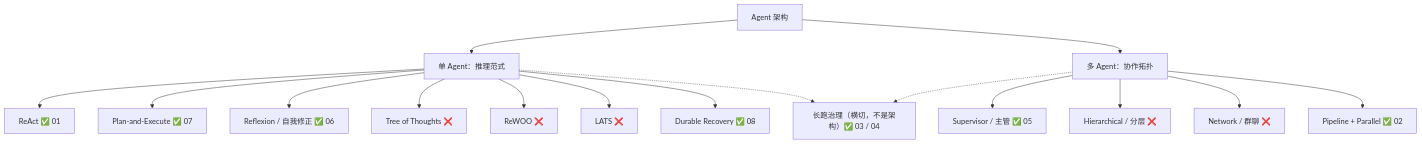
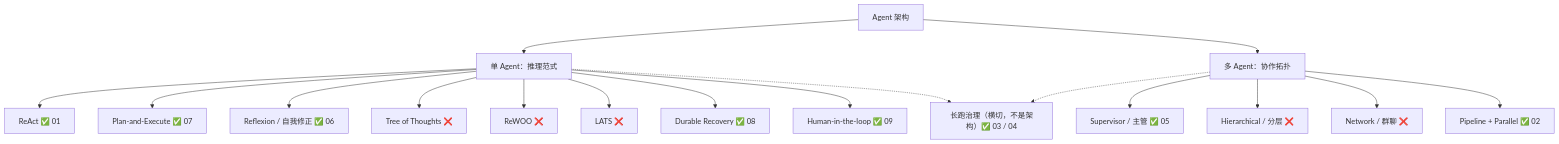
One commit to gocronx/llm changed the first of 9 diagrams in agent/README.md. Above: the diagram before and after it, drawn with Mermaid. The commit also changed other lines of this file and 28 other files, not shown here.

````diff
--- a/agent/README.md
+++ b/agent/README.md
@@ -9,23 +9,24 @@
 ```mermaid
 flowchart TD
     ROOT["Agent 架构"]
     ROOT --> S["单 Agent：推理范式"]
     ROOT --> M["多 Agent：协作拓扑"]
 
     S --> S1["ReAct ✅ 01"]
     S --> S2["Plan-and-Execute ✅ 07"]
     S --> S3["Reflexion / 自我修正 ✅ 06"]
     S --> S4["Tree of Thoughts ❌"]
     S --> S5["ReWOO ❌"]
     S --> S6["LATS ❌"]
     S --> S7["Durable Recovery ✅ 08"]
+    S --> S8["Human-in-the-loop ✅ 09"]
 
     M --> M1["Supervisor / 主管 ✅ 05"]
     M --> M2["Hierarchical / 分层 ❌"]
     M --> M3["Network / 群聊 ❌"]
     M --> M4["Pipeline + Parallel ✅ 02"]
 
     X["长跑治理（横切，不是架构）✅ 03 / 04"]
     S -.-> X
     M -.-> X
 ```
````
